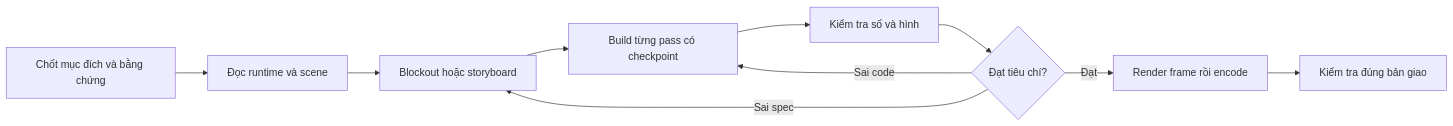
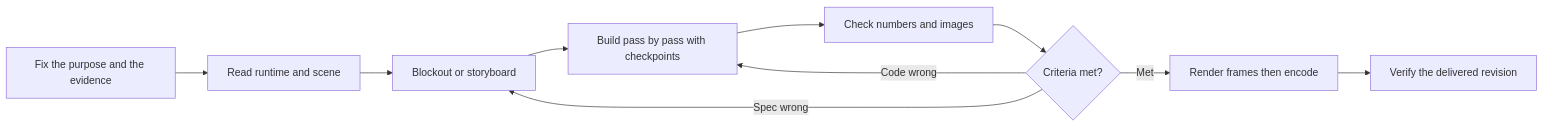
Before and after one commit to jangtrinh/design-os-3d-blender: the diagram in docs/blender-ai-workflow.md, drawn with Mermaid. The commit also changed other lines of this file and 35 other files, not shown here.

````diff
--- a/docs/blender-ai-workflow.md
+++ b/docs/blender-ai-workflow.md
@@ -9,12 +9,12 @@
 ```mermaid
 flowchart LR
-    A[Chốt mục đích và bằng chứng] --> B[Đọc runtime và scene]
-    B --> C[Blockout hoặc storyboard]
-    C --> D[Build từng pass có checkpoint]
-    D --> E[Kiểm tra số và hình]
-    E --> F{Đạt tiêu chí?}
-    F -->|Sai spec| C
-    F -->|Sai code| D
-    F -->|Đạt| G[Render frame rồi encode]
-    G --> H[Kiểm tra đúng bản giao]
+    A[Fix the purpose and the evidence] --> B[Read runtime and scene]
+    B --> C[Blockout or storyboard]
+    C --> D[Build pass by pass with checkpoints]
+    D --> E[Check numbers and images]
+    E --> F{Criteria met?}
+    F -->|Spec wrong| C
+    F -->|Code wrong| D
+    F -->|Met| G[Render frames then encode]
+    G --> H[Verify the delivered revision]
 ```
````
